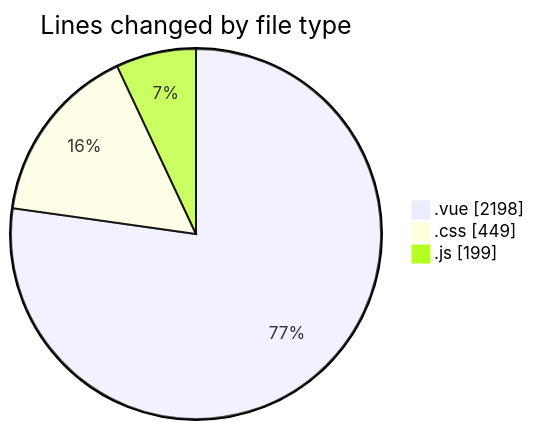
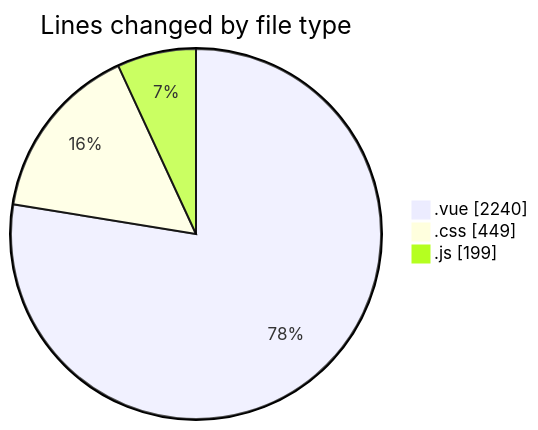
Before and after one commit to lephambinh05/code-tracking: the first of 2 diagrams in 2025-08-10/rentotp/README.md, drawn with Mermaid. The commit also changed other lines of this file and 1 other file, not shown here.

````diff
--- a/2025-08-10/rentotp/README.md
+++ b/2025-08-10/rentotp/README.md
@@ -25,7 +25,7 @@
 ```mermaid
 pie showData
 title Lines changed by file type
-".vue" : 2198
+".vue" : 2240
 ".css" : 449
 ".js" : 199
 ```
````
